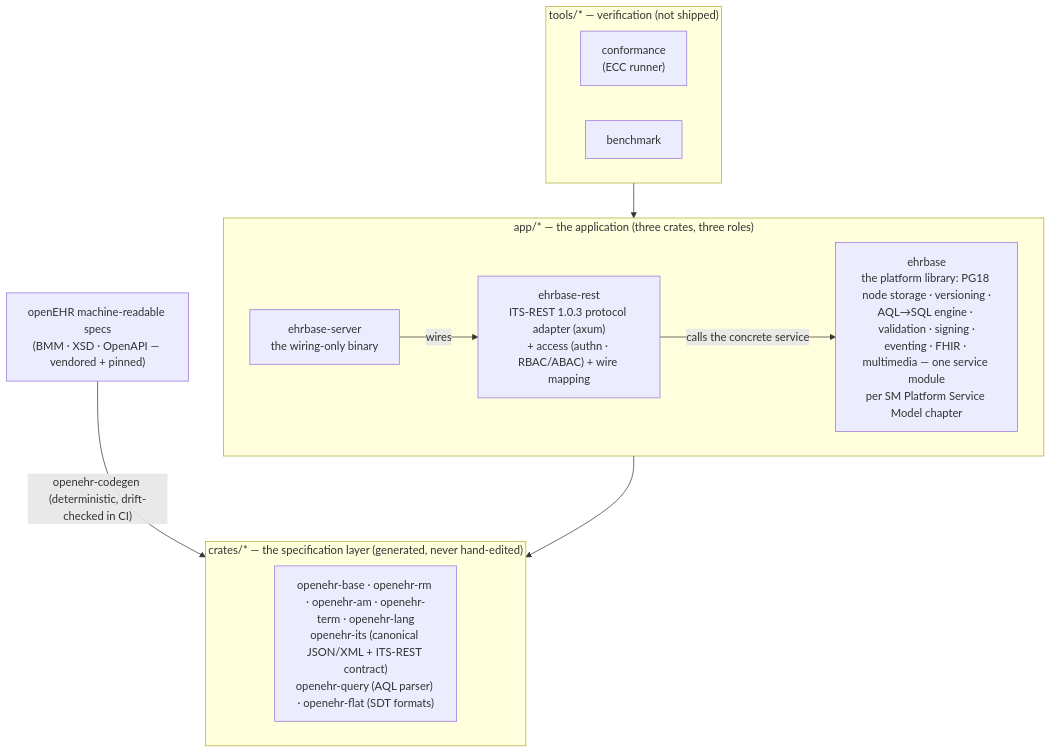
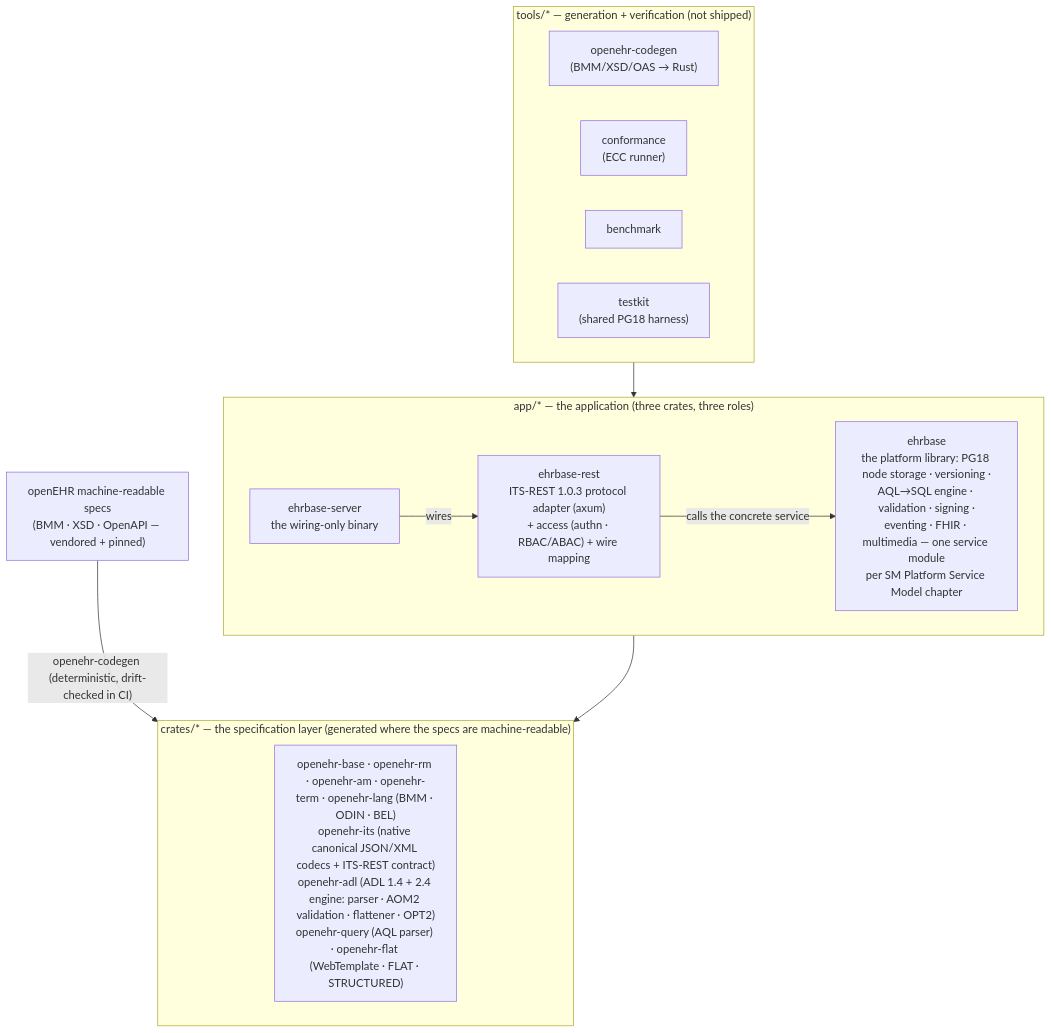
One commit to rubentalstra/FerroEHR changed the diagram in README.md. Above: the diagram before and after it, drawn with Mermaid. The commit also changed other lines of this file, not shown here.

First line of the commit message:
readme: full refresh — per-spec badges, ADL 1.4+2.4 features, current architecture

````diff
--- a/README.md
+++ b/README.md
@@ -186,25 +208,27 @@
 ```mermaid
 flowchart TB
     specs["openEHR machine-readable specs<br/>(BMM · XSD · OpenAPI — vendored + pinned)"]
 
-    subgraph crates ["crates/* — the specification layer (generated, never hand-edited)"]
-        openehr["openehr-base · openehr-rm · openehr-am · openehr-term · openehr-lang<br/>openehr-its (canonical JSON/XML + ITS-REST contract)<br/>openehr-query (AQL parser) · openehr-flat (SDT formats)"]
+    subgraph crates ["crates/* — the specification layer (generated where the specs are machine-readable)"]
+        openehr["openehr-base · openehr-rm · openehr-am · openehr-term · openehr-lang (BMM · ODIN · BEL)<br/>openehr-its (native canonical JSON/XML codecs + ITS-REST contract)<br/>openehr-adl (ADL 1.4 + 2.4 engine: parser · AOM2 validation · flattener · OPT2)<br/>openehr-query (AQL parser) · openehr-flat (WebTemplate · FLAT · STRUCTURED)"]
     end
 
     subgraph app ["app/* — the application (three crates, three roles)"]
         rest["ehrbase-rest<br/>ITS-REST 1.0.3 protocol adapter (axum)<br/>+ access (authn · RBAC/ABAC) + wire mapping"]
         core["ehrbase<br/>the platform library: PG18 node storage · versioning ·<br/>AQL→SQL engine · validation · signing ·<br/>eventing · FHIR · multimedia — one service module<br/>per SM Platform Service Model chapter"]
         bin["ehrbase-server<br/>the wiring-only binary"]
     end
 
-    subgraph tools ["tools/* — verification (not shipped)"]
+    subgraph tools ["tools/* — generation + verification (not shipped)"]
+        codegen["openehr-codegen<br/>(BMM/XSD/OAS → Rust)"]
         conf["conformance<br/>(ECC runner)"]
         bench["benchmark"]
+        testkit["testkit<br/>(shared PG18 harness)"]
     end
 
     specs -- "openehr-codegen (deterministic, drift-checked in CI)" --> crates
     bin -- "wires" --> rest
     rest -- "calls the concrete service" --> core
     app --> crates
     tools --> app
 ```
````
